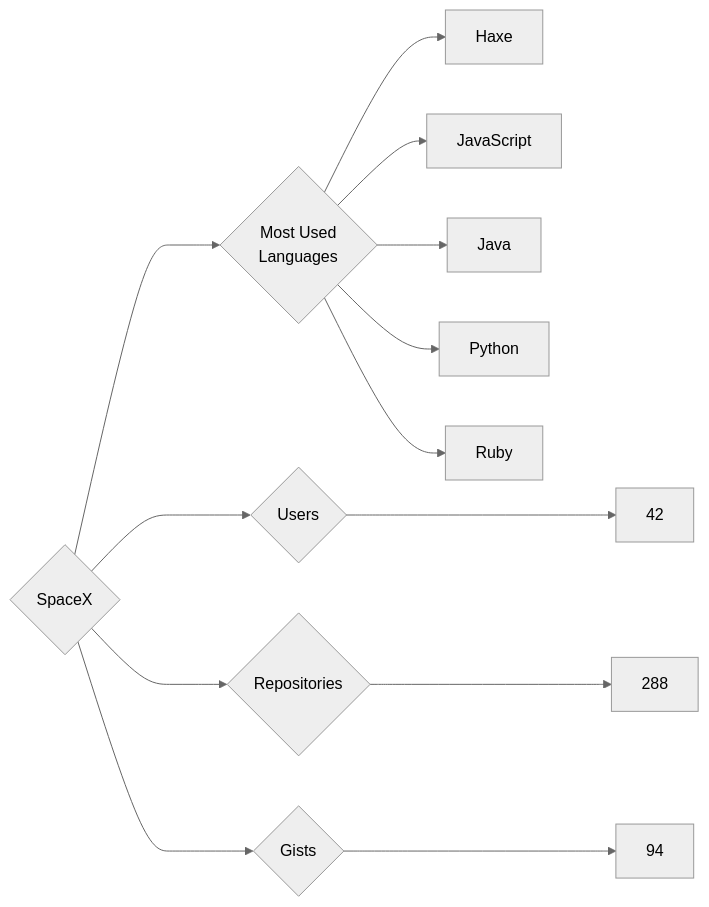
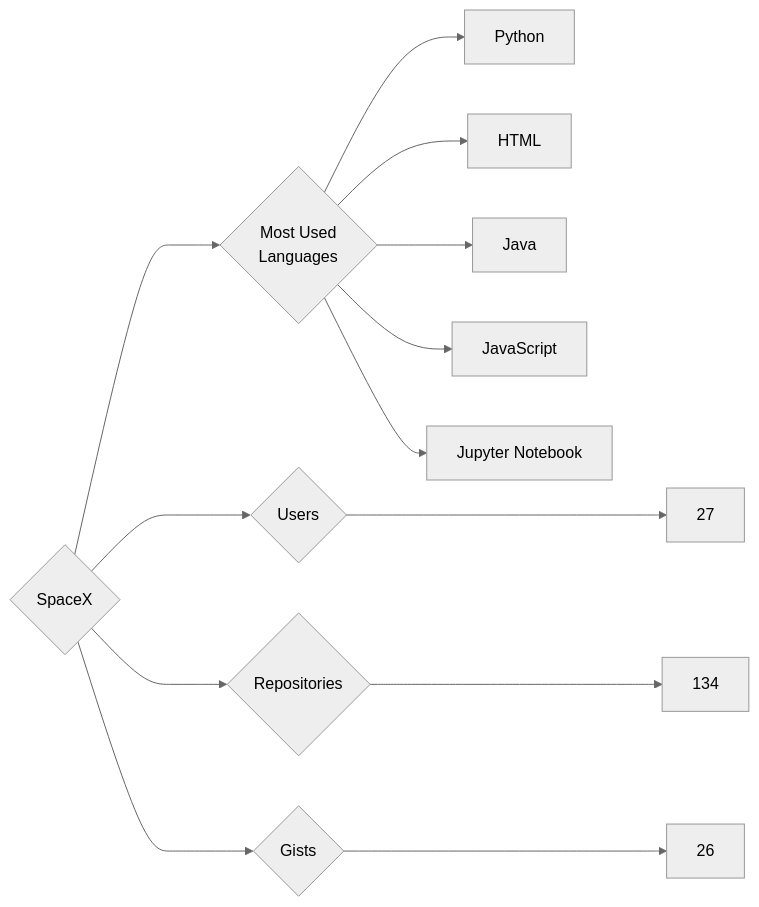
Before and after one commit to trickest/insiders: the diagram in targets/SpaceX/README.md, drawn with Mermaid (neutral theme). The commit also changed 964 other files, not shown here.

````diff
--- a/targets/SpaceX/README.md
+++ b/targets/SpaceX/README.md
@@ -3,13 +3,13 @@
 ```mermaid
 graph LR
 COMPANY_NAME{SpaceX}
-COMPANY_NAME ---> U{Users} ---> UN[42]
-COMPANY_NAME ---> R{Repositories} ---> RN[288]
-COMPANY_NAME ---> G{Gists} ---> GN[94]
+COMPANY_NAME ---> U{Users} ---> UN[27]
+COMPANY_NAME ---> R{Repositories} ---> RN[134]
+COMPANY_NAME ---> G{Gists} ---> GN[26]
 COMPANY_NAME ---> ML{Most Used<br>Languages}
-ML --> Haxe[Haxe]
+ML --> Python[Python]
+ML --> HTML[HTML]
+ML --> Java[Java]
 ML --> JavaScript[JavaScript]
-ML --> Java[Java]
-ML --> Python[Python]
-ML --> Ruby[Ruby]
+ML --> Jupyter_Notebook[Jupyter Notebook]
 ```
````
